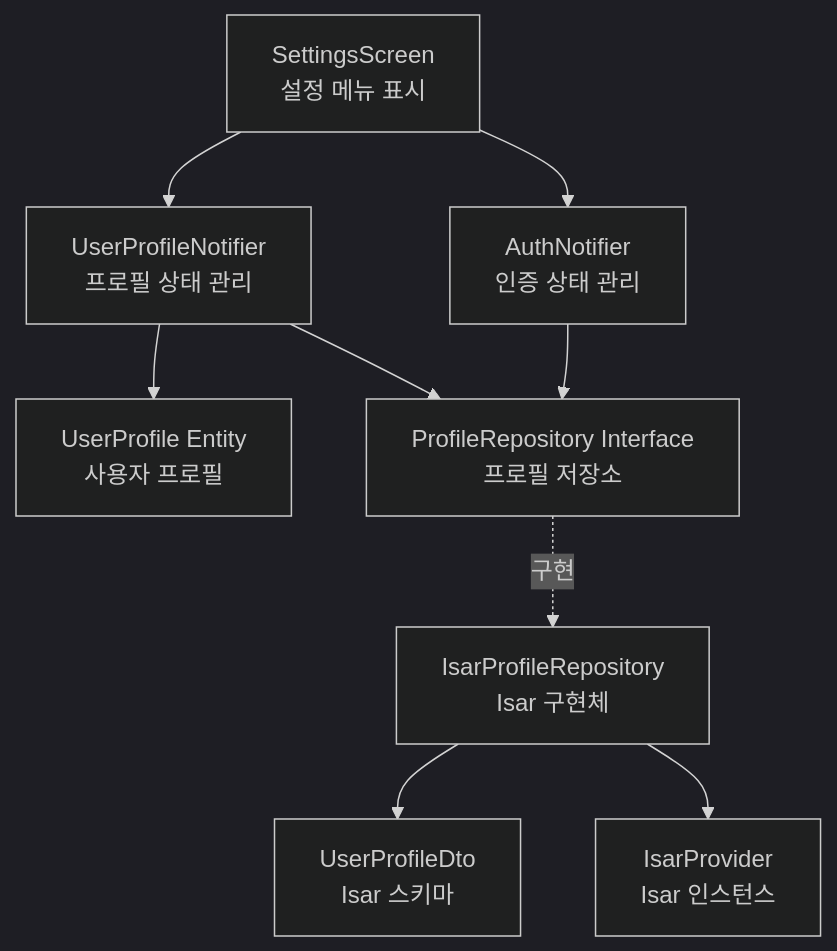
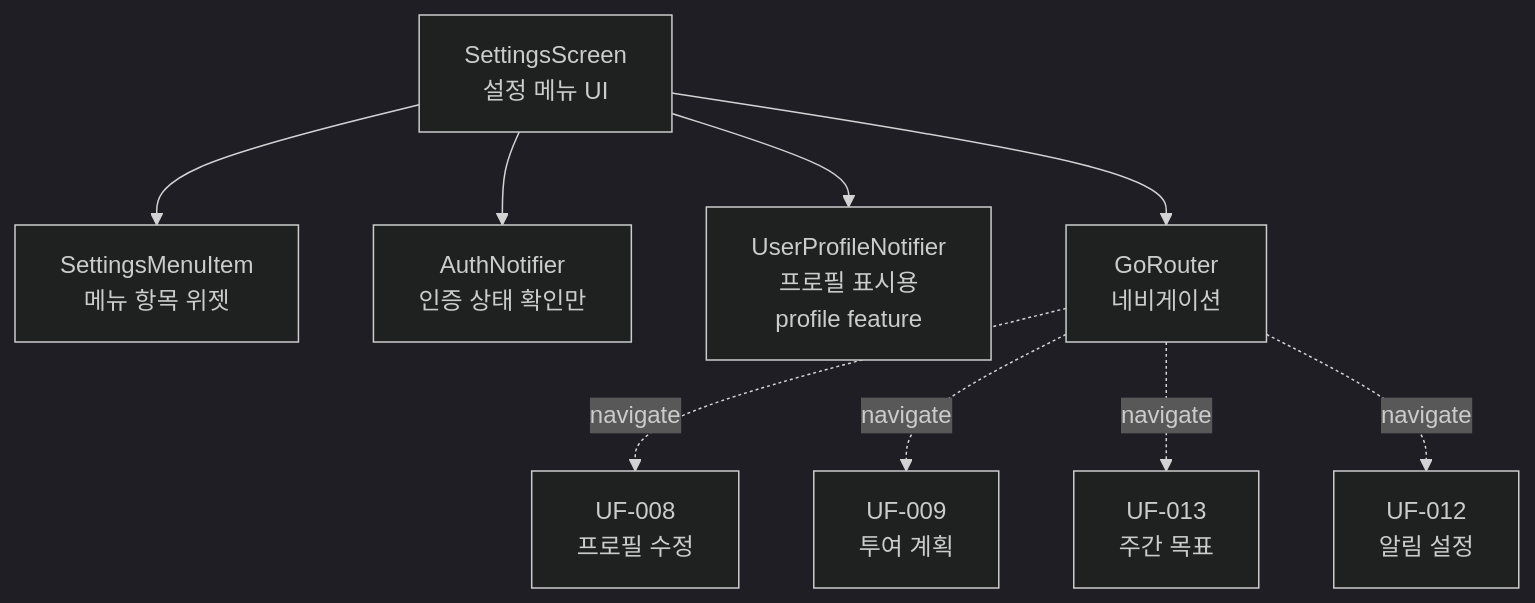
The diagram in docs/009/plan.md (pcepyon/n06), drawn with Mermaid (dark theme) before and after one commit. The commit also changed other lines of this file and 13 other files, not shown here.

````diff
--- a/docs/009/plan.md
+++ b/docs/009/plan.md
@@ -24,28 +31,28 @@
 ```mermaid
 graph TD
-    %% Presentation Layer
-    SettingsScreen[SettingsScreen<br/>설정 메뉴 표시]
+    %% Presentation Layer (Settings Feature)
+    SettingsScreen[SettingsScreen<br/>설정 메뉴 UI]
+    SettingsMenuItem[SettingsMenuItem<br/>메뉴 항목 위젯]
 
-    %% Application Layer
-    UserProfileNotifier[UserProfileNotifier<br/>프로필 상태 관리]
-    AuthNotifier[AuthNotifier<br/>인증 상태 관리]
+    %% External Dependencies
+    AuthNotifier[AuthNotifier<br/>인증 상태 확인만]
+    UserProfileNotifier[UserProfileNotifier<br/>프로필 표시용<br/>profile feature]
+    AppRouter[GoRouter<br/>네비게이션]
 
-    %% Domain Layer
-    UserProfile[UserProfile Entity<br/>사용자 프로필]
-    ProfileRepository[ProfileRepository Interface<br/>프로필 저장소]
-
-    %% Infrastructure Layer
-    IsarProfileRepository[IsarProfileRepository<br/>Isar 구현체]
-    UserProfileDto[UserProfileDto<br/>Isar 스키마]
-    IsarProvider[IsarProvider<br/>Isar 인스턴스]
+    %% Navigation Targets
+    ProfileEditScreen[UF-008<br/>프로필 수정]
+    DosePlanScreen[UF-009<br/>투여 계획]
+    WeeklyGoalScreen[UF-013<br/>주간 목표]
+    NotificationScreen[UF-012<br/>알림 설정]
 
     %% Dependencies
+    SettingsScreen --> SettingsMenuItem
+    SettingsScreen --> AuthNotifier
     SettingsScreen --> UserProfileNotifier
-    SettingsScreen --> AuthNotifier
-    UserProfileNotifier --> ProfileRepository
-    AuthNotifier --> ProfileRepository
-    ProfileRepository -.구현.-> IsarProfileRepository
-    IsarProfileRepository --> UserProfileDto
-    IsarProfileRepository --> IsarProvider
-    UserProfileNotifier --> UserProfile
+    SettingsScreen --> AppRouter
+
+    AppRouter -.navigate.-> ProfileEditScreen
+    AppRouter -.navigate.-> DosePlanScreen
+    AppRouter -.navigate.-> WeeklyGoalScreen
+    AppRouter -.navigate.-> NotificationScreen
 ```
````
